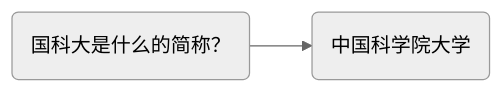
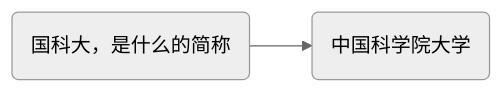
The third of 3 diagrams in Mermaid踩坑日记.md (LucasLan666666/LucasLan666666.github.io), drawn with Mermaid (neutral theme) before and after one commit. The commit also changed other lines of this file, not shown here.

````diff
--- a/Mermaid踩坑日记.md
+++ b/Mermaid踩坑日记.md
@@ -39,4 +39,4 @@
 ```mermaid
 flowchart LR
-A("国科大是什么的简称？") --> B("中国科学院大学")
+A("国科大，是什么的简称") --> B("中国科学院大学")
 ```
````
